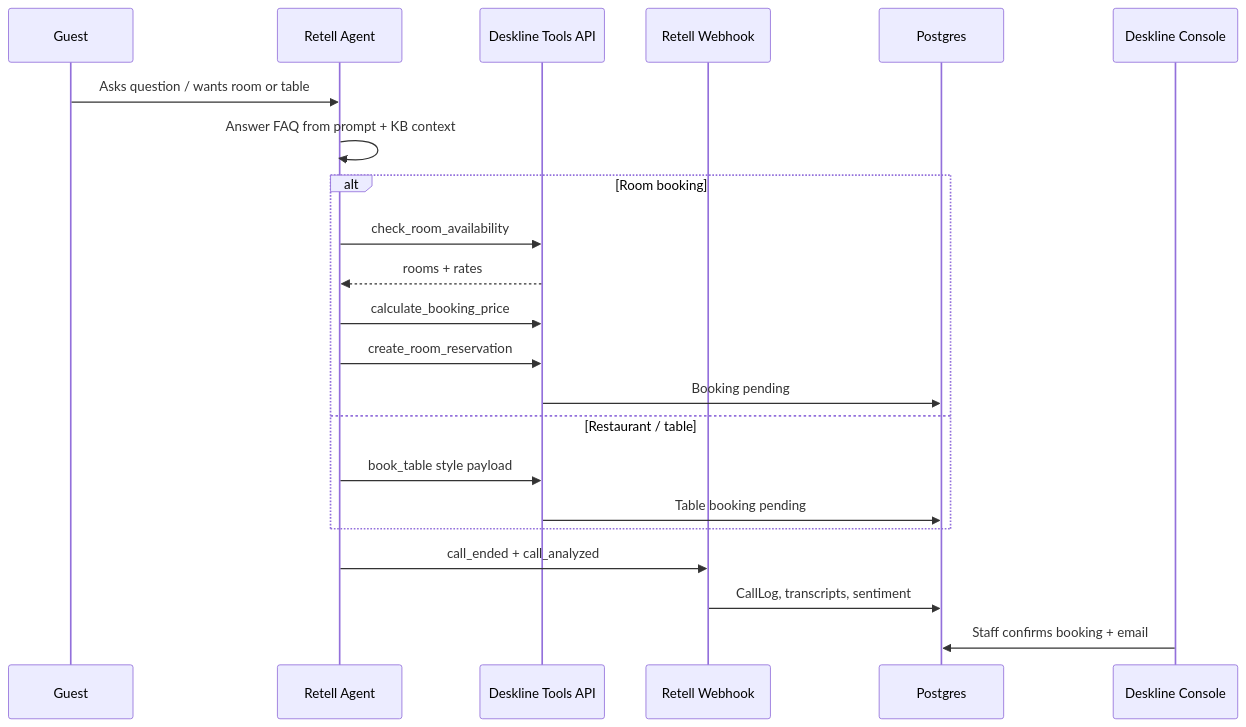
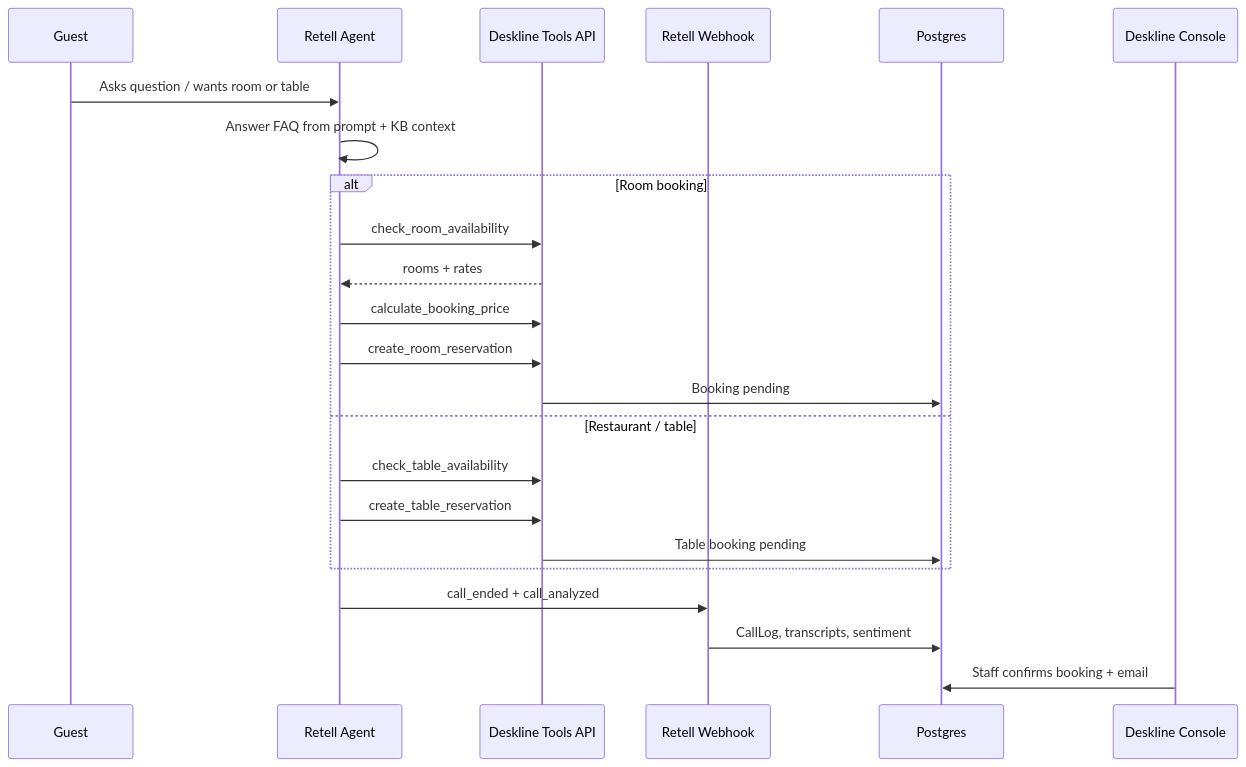
Before and after one commit to karan-chandel-asc/ai-voice-agent-platform: the second of 4 diagrams in README.md, drawn with Mermaid. The commit also changed other lines of this file and 24 other files, not shown here.

````diff
--- a/README.md
+++ b/README.md
@@ -136,25 +143,26 @@
 ```mermaid
 sequenceDiagram
   participant Guest
   participant Retell as Retell Agent
   participant Tools as Deskline Tools API
   participant WH as Retell Webhook
   participant DB as Postgres
   participant Ops as Deskline Console
 
   Guest->>Retell: Asks question / wants room or table
   Retell->>Retell: Answer FAQ from prompt + KB context
   alt Room booking
     Retell->>Tools: check_room_availability
     Tools-->>Retell: rooms + rates
     Retell->>Tools: calculate_booking_price
     Retell->>Tools: create_room_reservation
     Tools->>DB: Booking pending
   else Restaurant / table
-    Retell->>Tools: book_table style payload
+    Retell->>Tools: check_table_availability
+    Retell->>Tools: create_table_reservation
     Tools->>DB: Table booking pending
   end
   Retell->>WH: call_ended + call_analyzed
   WH->>DB: CallLog, transcripts, sentiment
   Ops->>DB: Staff confirms booking + email
 ```
````
